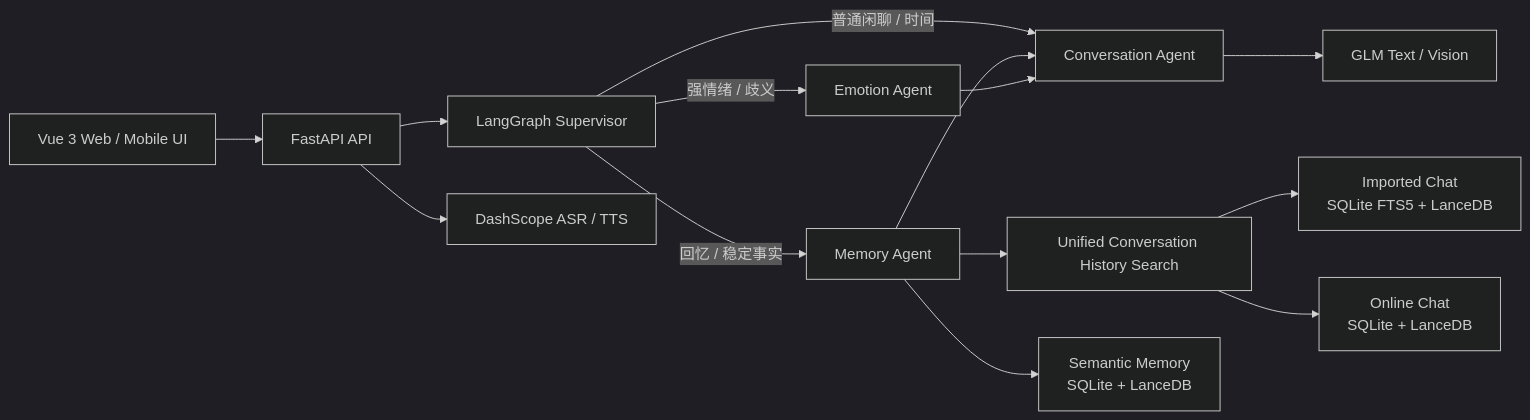
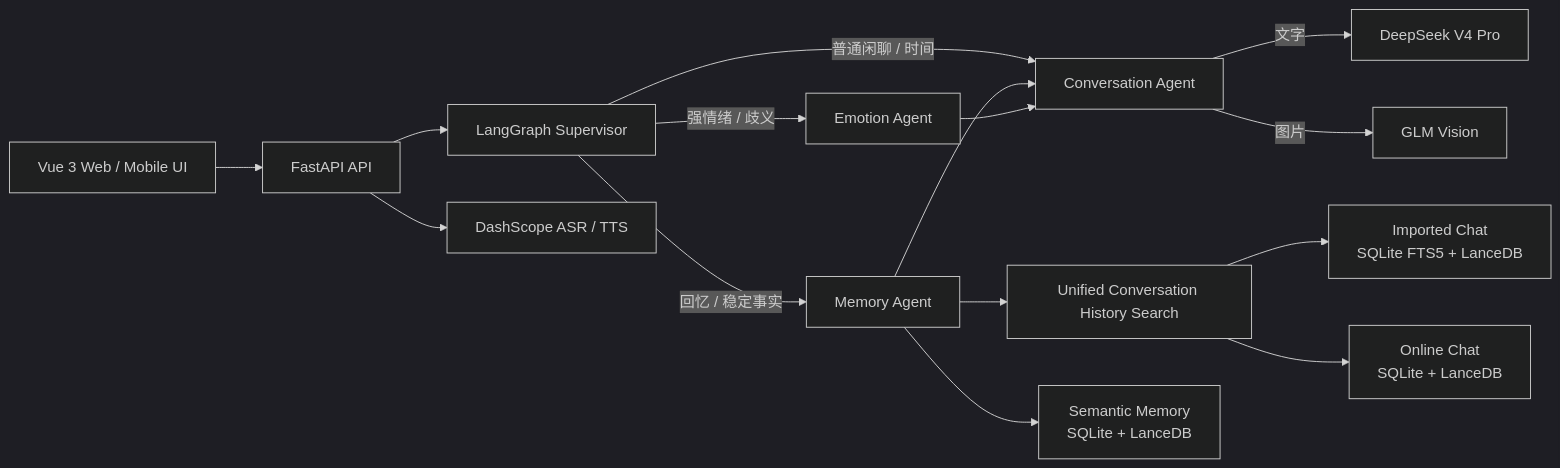
One commit to liujunjie20240416/zhaojingying-cc changed the first of 3 diagrams in README.md. Above: the diagram before and after it, drawn with Mermaid (dark theme). The commit also changed other lines of this file and 43 other files, not shown here.

````diff
--- a/README.md
+++ b/README.md
@@ -29,17 +29,18 @@
 ```mermaid
 flowchart LR
     UI["Vue 3 Web / Mobile UI"] --> API["FastAPI API"]
     API --> SUP["LangGraph Supervisor"]
     SUP -->|普通闲聊 / 时间| CONV["Conversation Agent"]
     SUP -->|回忆 / 稳定事实| MEM["Memory Agent"]
     SUP -->|强情绪 / 歧义| EMO["Emotion Agent"]
     MEM --> CONV
     EMO --> CONV
-    CONV --> GLM["GLM Text / Vision"]
+    CONV -->|文字| DEEPSEEK["DeepSeek V4 Pro"]
+    CONV -->|图片| GLM["GLM Vision"]
     API --> VOICE["DashScope ASR / TTS"]
 
     MEM --> SEARCH["Unified Conversation History Search"]
     SEARCH --> IMPORTED["Imported Chat<br/>SQLite FTS5 + LanceDB"]
     SEARCH --> ONLINE["Online Chat<br/>SQLite + LanceDB"]
     MEM --> SEM["Semantic Memory<br/>SQLite + LanceDB"]
 ```
````
